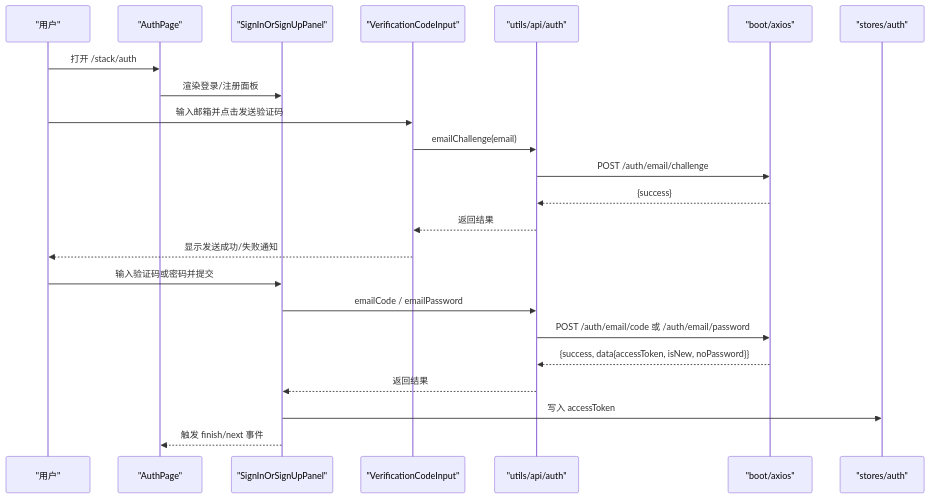
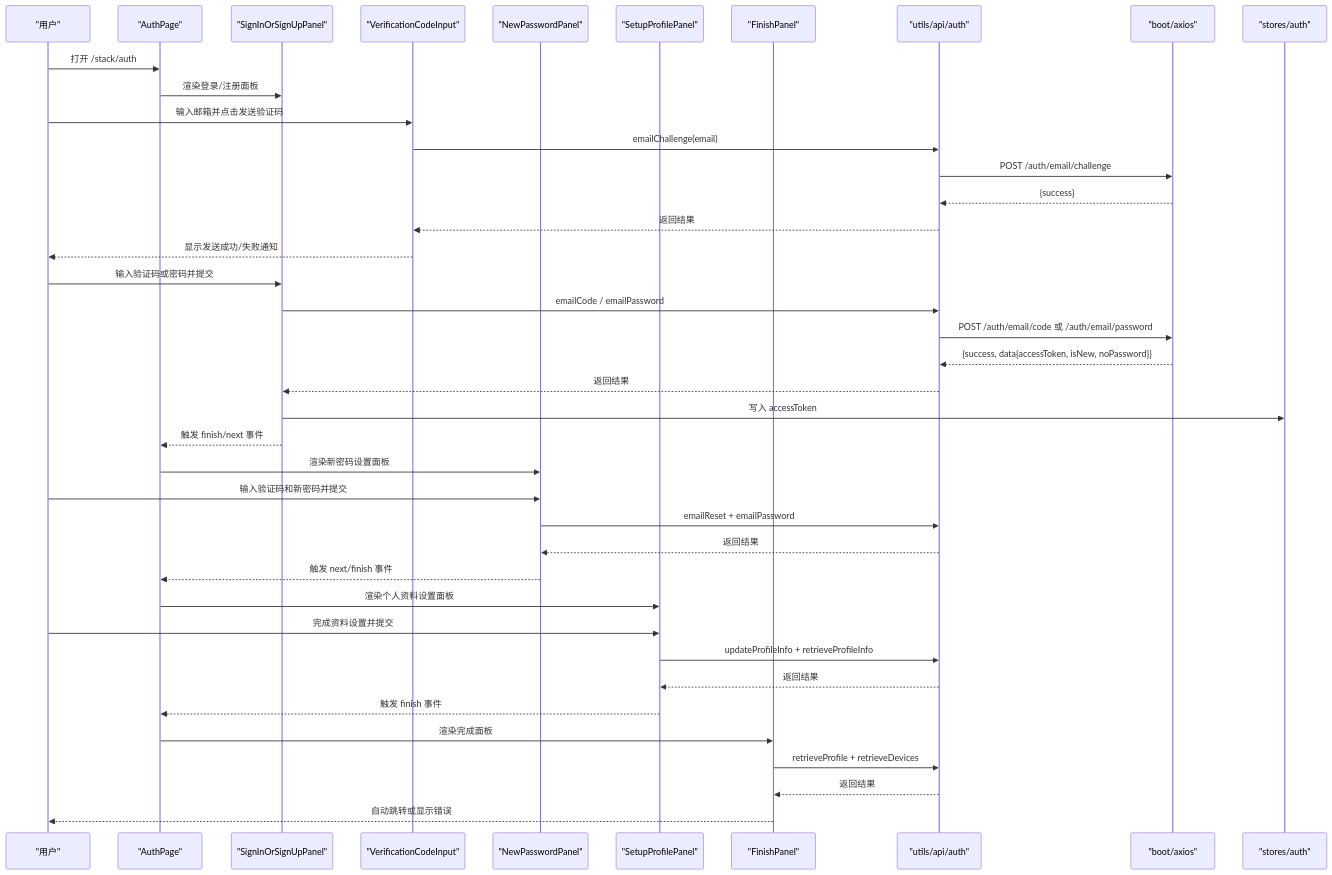
Before and after one commit to le-bot-team/le-bot-frontend: the second of 10 diagrams in .qoder/repowiki/zh/content/核心功能模块/用户认证系统.md, drawn with Mermaid. The commit also changed other lines of this file and 217 other files, not shown here.

````diff
--- a/.qoder/repowiki/zh/content/核心功能模块/用户认证系统.md
+++ b/.qoder/repowiki/zh/content/核心功能模块/用户认证系统.md
@@ -158,25 +188,42 @@
 ```mermaid
 sequenceDiagram
 participant U as "用户"
 participant Page as "AuthPage"
 participant Sign as "SignInOrSignUpPanel"
 participant Verify as "VerificationCodeInput"
+participant NewPwd as "NewPasswordPanel"
+participant Setup as "SetupProfilePanel"
+participant Finish as "FinishPanel"
 participant API as "utils/api/auth"
 participant AX as "boot/axios"
 participant Store as "stores/auth"
 U->>Page : 打开 /stack/auth
 Page->>Sign : 渲染登录/注册面板
 U->>Verify : 输入邮箱并点击发送验证码
 Verify->>API : emailChallenge(email)
 API->>AX : POST /auth/email/challenge
 AX-->>API : {success}
 API-->>Verify : 返回结果
 Verify-->>U : 显示发送成功/失败通知
 U->>Sign : 输入验证码或密码并提交
 Sign->>API : emailCode / emailPassword
 API->>AX : POST /auth/email/code 或 /auth/email/password
 AX-->>API : {success, data{accessToken, isNew, noPassword}}
 API-->>Sign : 返回结果
 Sign->>Store : 写入 accessToken
 Sign-->>Page : 触发 finish/next 事件
+Page->>NewPwd : 渲染新密码设置面板
+U->>NewPwd : 输入验证码和新密码并提交
+NewPwd->>API : emailReset + emailPassword
+API-->>NewPwd : 返回结果
+NewPwd-->>Page : 触发 next/finish 事件
+Page->>Setup : 渲染个人资料设置面板
+U->>Setup : 完成资料设置并提交
+Setup->>API : updateProfileInfo + retrieveProfileInfo
+API-->>Setup : 返回结果
+Setup-->>Page : 触发 finish 事件
+Page->>Finish : 渲染完成面板
+Finish->>API : retrieveProfile + retrieveDevices
+API-->>Finish : 返回结果
+Finish-->>U : 自动跳转或显示错误
 ```
````
